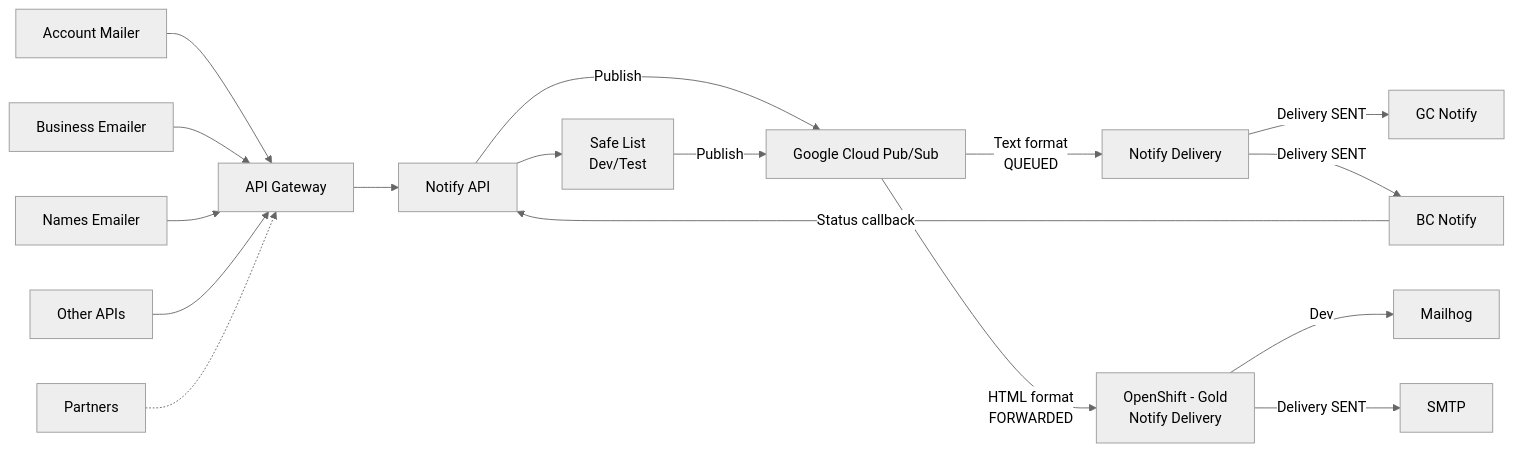
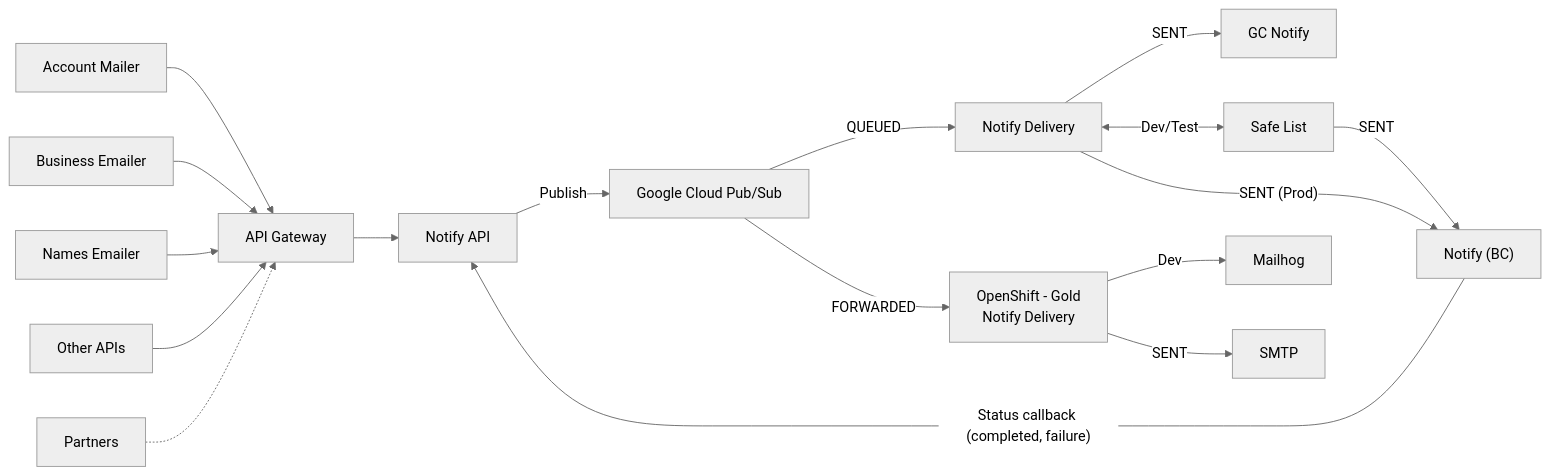
One commit to bcgov/bcros-common changed the second of 2 diagrams in notify-service/ARCHITECTURE.md. Above: the diagram before and after it, drawn with Mermaid (neutral theme). The commit also changed other lines of this file, not shown here.

Commit message:
fix: update architecture documentation for clarity and accuracy

````diff
--- a/notify-service/ARCHITECTURE.md
+++ b/notify-service/ARCHITECTURE.md
@@ -65,21 +67,21 @@
 ```mermaid
 flowchart LR
     Account[Account Mailer] --> Gateway[API Gateway]
     Business[Business Emailer] --> Gateway
     Names[Names Emailer] --> Gateway
     APIs[Other APIs] --> Gateway
     Partners[Partners] -.-> Gateway
 
     Gateway --> API[Notify API]
-    API --> Safe[Safe List<br/>Dev/Test]
     API -->|Publish| PubSub[Google Cloud Pub/Sub]
-    Safe-->|Publish| PubSub[Google Cloud Pub/Sub]
 
-    PubSub -->|Text format<br/>QUEUED| Delivery[Notify Delivery]
-    PubSub -->|HTML format<br/>FORWARDED| OCP[OpenShift - Gold<br/>Notify Delivery]
-    Delivery -->|Delivery SENT| GC[GC Notify]
-    Delivery -->|Delivery SENT| BC[BC Notify]
-    BC -->|Status callback| API
+    PubSub -->|QUEUED| Delivery[Notify Delivery]
+    PubSub -->|FORWARDED| OCP[OpenShift - Gold<br/>Notify Delivery]
+    Delivery -->|SENT| GC[GC Notify]
+    Delivery <-->|Dev/Test |Safe[Safe List<br/>]
+    Safe -->|SENT| BC["Notify (BC)"]
+    Delivery -->|"SENT (Prod)"| BC["Notify (BC)"]
+    BC -->|"Status callback (completed, failure)"| API
     OCP -->|Dev| Mailhog
-    OCP -->|Delivery SENT| SMTP
+    OCP -->|SENT| SMTP
 ```
````
